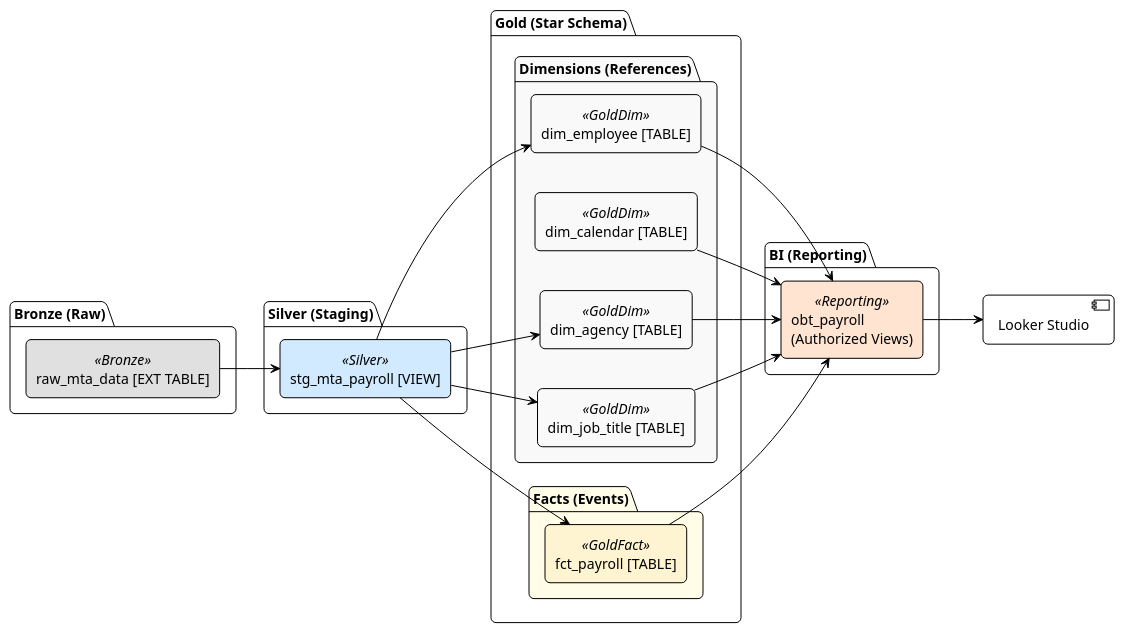
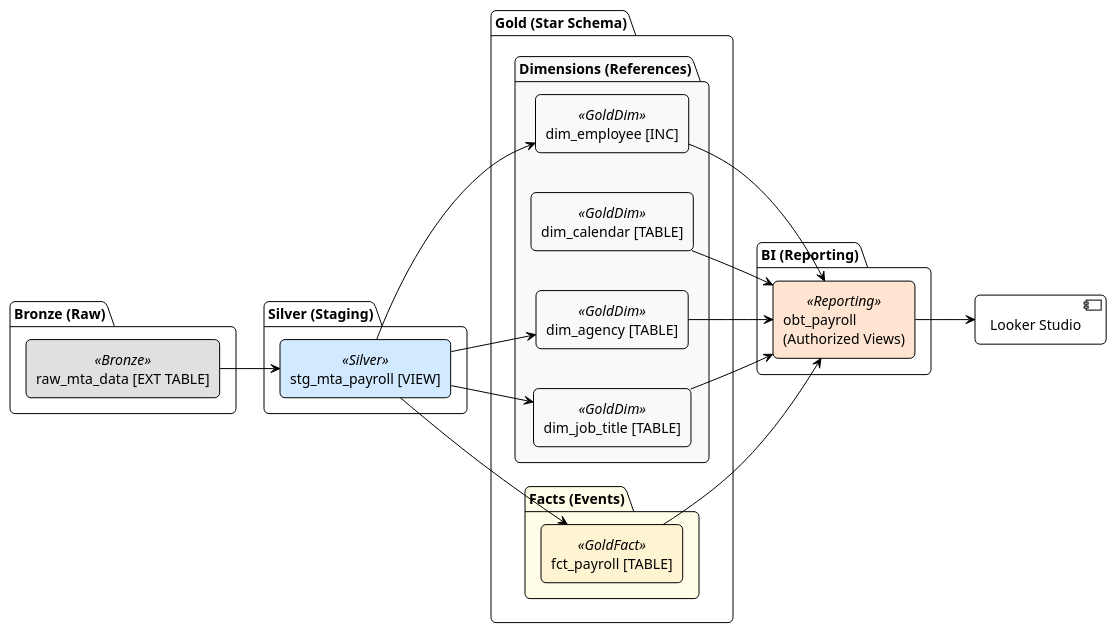
Before and after one commit to Kadiax/mta-payroll-nyc: the diagram in documentation/diagrams/source_code/dbt_mta_materialization.puml, drawn with PlantUML. The commit also changed 6 other files, not shown here.

Commit message:
refactor(gold): implement incremental logic for dim_employee and sync KPIs, fixed config error on load_to_bq.py, updated docs

```diff
--- a/documentation/diagrams/source_code/dbt_mta_materialization.puml
+++ b/documentation/diagrams/source_code/dbt_mta_materialization.puml
@@ -1,60 +1,60 @@
 @startuml
 ' --- Configuration ---
 !theme plain
 left to right direction
 skinparam nodesep 40
 skinparam ranksep 60
 skinparam shadowing false
 skinparam RoundCorner 10
 
 ' --- Styling Definitions ---
 skinparam rectangle {
     BackgroundColor<<Bronze>> #E0E0E0
     BackgroundColor<<Silver>> #D1EAFF
     BackgroundColor<<GoldFact>> #FFF4D1
     BackgroundColor<<GoldDim>> #F9F9F9
     BackgroundColor<<Reporting>> #FFE5D1
 }
 
 ' --- Nodes ---
 package "Bronze (Raw)" {
     rectangle "raw_mta_data [EXT TABLE]" <<Bronze>> as B1
 }
 
 package "Silver (Staging)" {
     rectangle "stg_mta_payroll [VIEW]" <<Silver>> as S1
 }
 
 package "Gold (Star Schema)" {
     folder "Dimensions (References)" #F9F9F9 {
-        rectangle "dim_employee [TABLE]" <<GoldDim>> as G_DE
+        rectangle "dim_employee [INC]" <<GoldDim>> as G_DE
         rectangle "dim_calendar [TABLE]" <<GoldDim>> as G_DC
         rectangle "dim_agency [TABLE]" <<GoldDim>> as G_DA
         rectangle "dim_job_title [TABLE]" <<GoldDim>> as G_DJ
     }
     
     folder "Facts (Events)" #FFFDE7 {
         rectangle "fct_payroll [TABLE]" <<GoldFact>> as G_FP
     }
 }
 
 package "BI (Reporting)" {
     rectangle "obt_payroll\n(Authorized Views)" <<Reporting>> as R_OBT
 }
 
 ' --- Dependencies (Lineage) ---
 B1 --> S1
 S1 --> G_FP
 S1 --> G_DE
 S1 --> G_DA
 S1 --> G_DJ
 
 
 G_DE --> R_OBT
 G_DC --> R_OBT
 G_DA --> R_OBT
 G_DJ --> R_OBT
 G_FP --> R_OBT
 
 R_OBT --> [Looker Studio]
 @enduml
```
